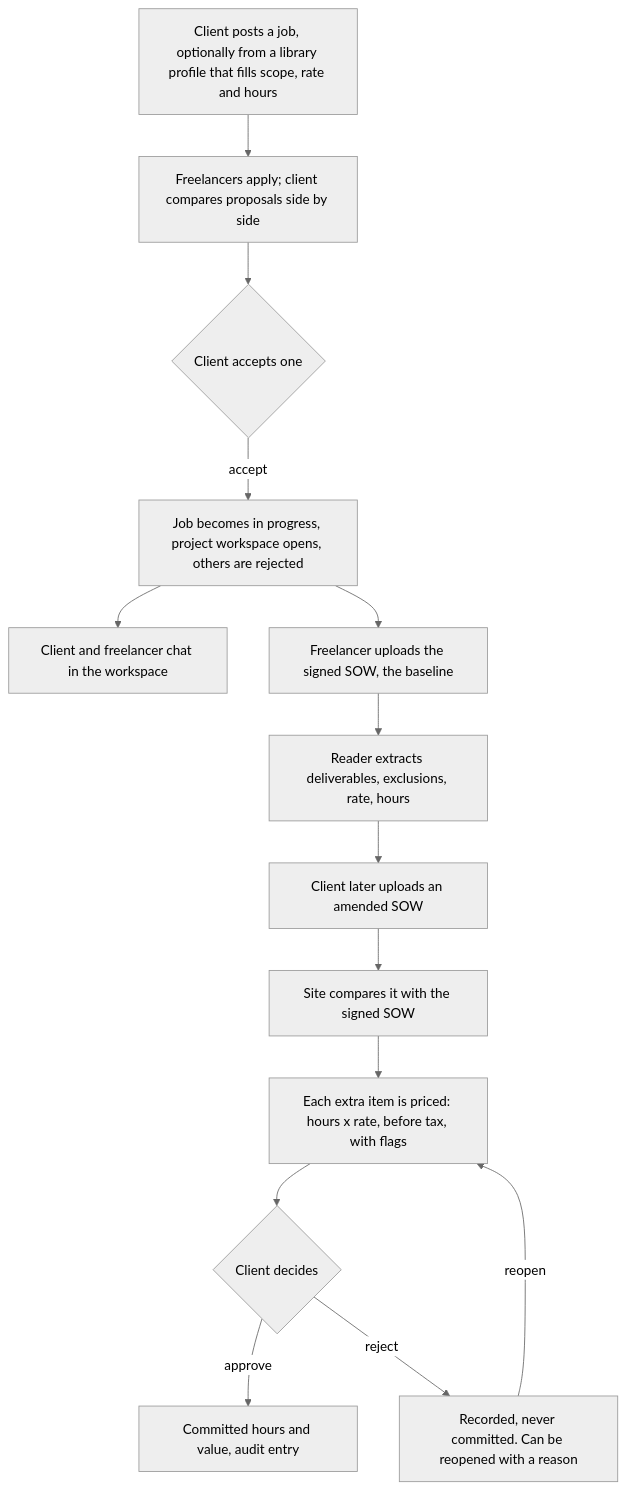
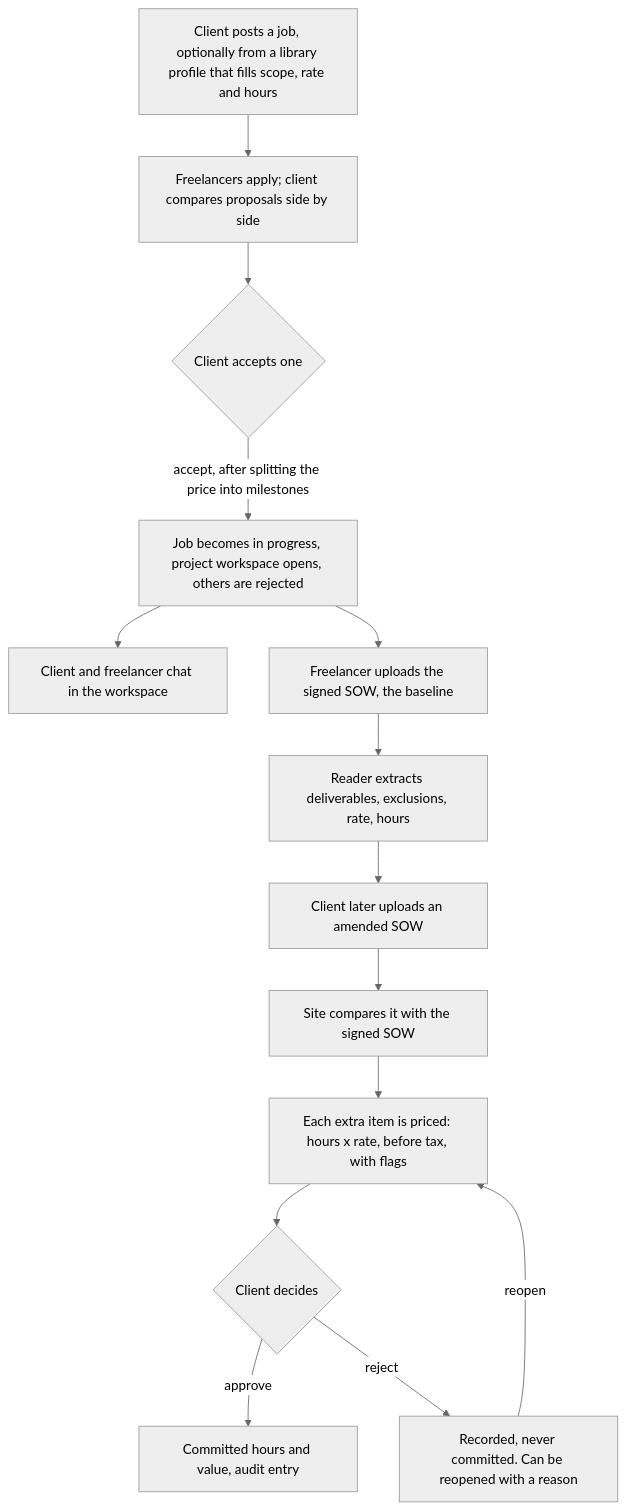
The first of 7 diagrams in flow.md (Krishnass05/fynd), drawn with Mermaid (neutral theme) before and after one commit. The commit also changed other lines of this file and 19 other files, not shown here.

First line of the commit message:
Add milestones: split the price on accept, freelancer marks ready, client approves

````diff
--- a/flow.md
+++ b/flow.md
@@ -7,16 +7,16 @@
 ```mermaid
 flowchart TD
   A[Client posts a job, optionally from a library profile that fills scope, rate and hours] --> B[Freelancers apply; client compares proposals side by side]
   B --> C{Client accepts one}
-  C -->|accept| D[Job becomes in progress, project workspace opens, others are rejected]
+  C -->|accept, after splitting the price into milestones| D[Job becomes in progress, project workspace opens, others are rejected]
   D --> E[Client and freelancer chat in the workspace]
   D --> F[Freelancer uploads the signed SOW, the baseline]
   F --> G[Reader extracts deliverables, exclusions, rate, hours]
   G --> H[Client later uploads an amended SOW]
   H --> I[Site compares it with the signed SOW]
   I --> J[Each extra item is priced: hours x rate, before tax, with flags]
   J --> K{Client decides}
   K -->|approve| L[Committed hours and value, audit entry]
   K -->|reject| M[Recorded, never committed. Can be reopened with a reason]
   M -->|reopen| J
 ```
````
